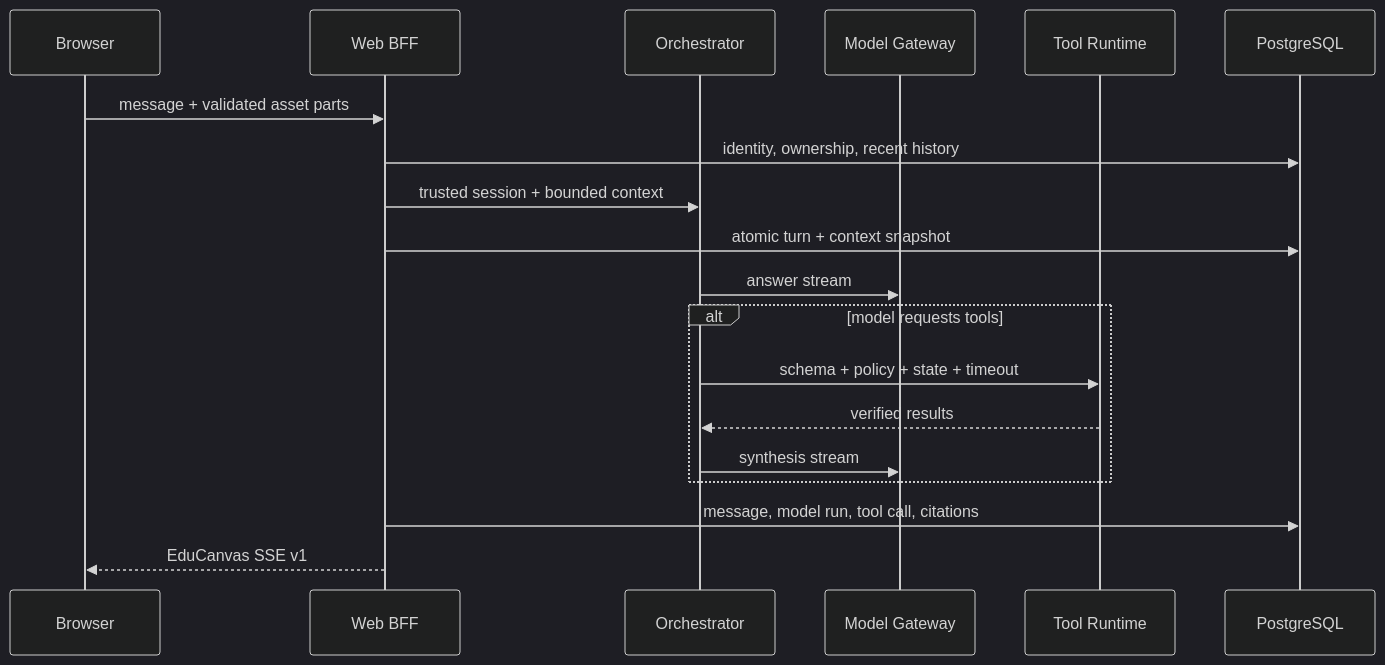
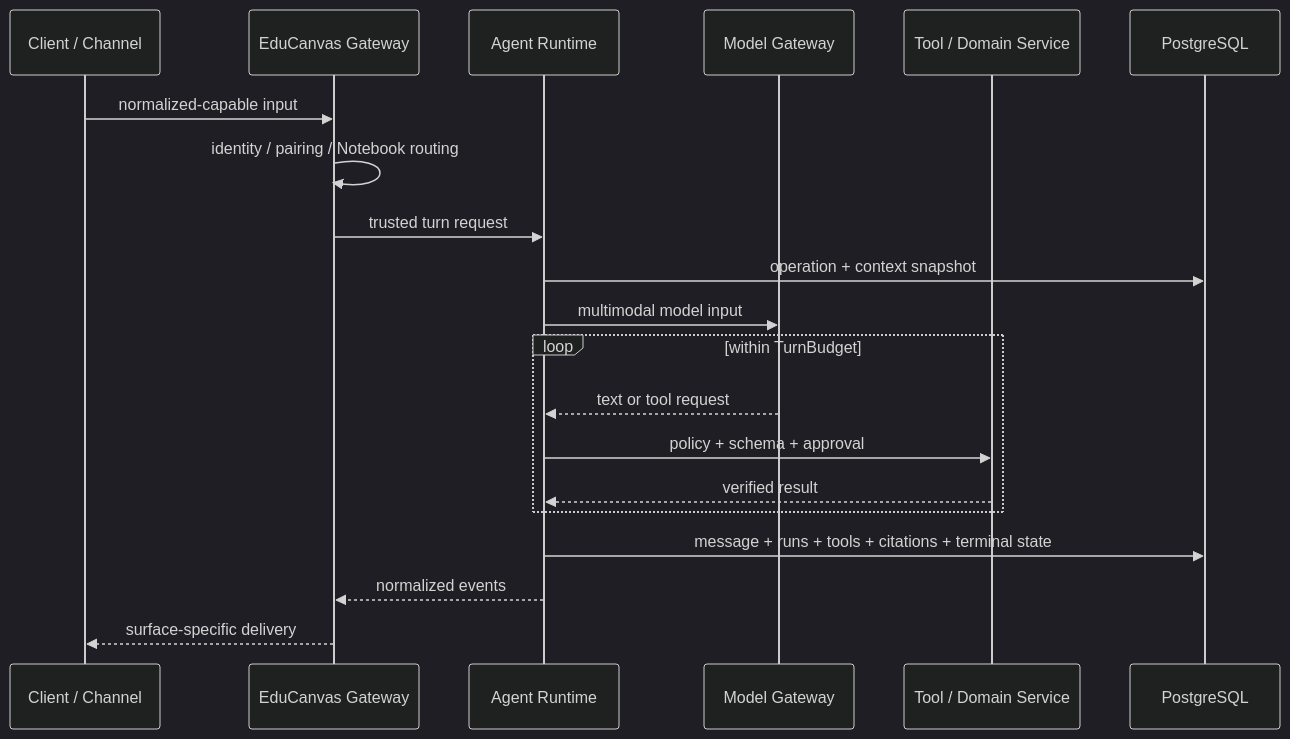
One commit to Timcai06/EduCanvas changed the third of 4 diagrams in README.md. Above: the diagram before and after it, drawn with Mermaid (dark theme). The commit also changed other lines of this file and 156 other files, not shown here.

Commit message:
完成 Gateway-first 个人 Agent 架构收口 (#85)

````diff
--- a/README.md
+++ b/README.md
@@ -144,22 +165,23 @@
 ```mermaid
 sequenceDiagram
-    participant U as Browser
-    participant W as Web BFF
-    participant O as Orchestrator
+    participant U as Client / Channel
+    participant G as EduCanvas Gateway
+    participant R as Agent Runtime
     participant M as Model Gateway
-    participant T as Tool Runtime
+    participant T as Tool / Domain Service
     participant D as PostgreSQL
 
-    U->>W: message + validated asset parts
-    W->>D: identity, ownership, recent history
-    W->>O: trusted session + bounded context
-    W->>D: atomic turn + context snapshot
-    O->>M: answer stream
-    alt model requests tools
-        O->>T: schema + policy + state + timeout
-        T-->>O: verified results
-        O->>M: synthesis stream
+    U->>G: normalized-capable input
+    G->>G: identity / pairing / Notebook routing
+    G->>R: trusted turn request
+    R->>D: operation + context snapshot
+    R->>M: multimodal model input
+    loop within TurnBudget
+        M-->>R: text or tool request
+        R->>T: policy + schema + approval
+        T-->>R: verified result
     end
-    W->>D: message, model run, tool call, citations
-    W-->>U: EduCanvas SSE v1
+    R->>D: message + runs + tools + citations + terminal state
+    R-->>G: normalized events
+    G-->>U: surface-specific delivery
 ```
````
